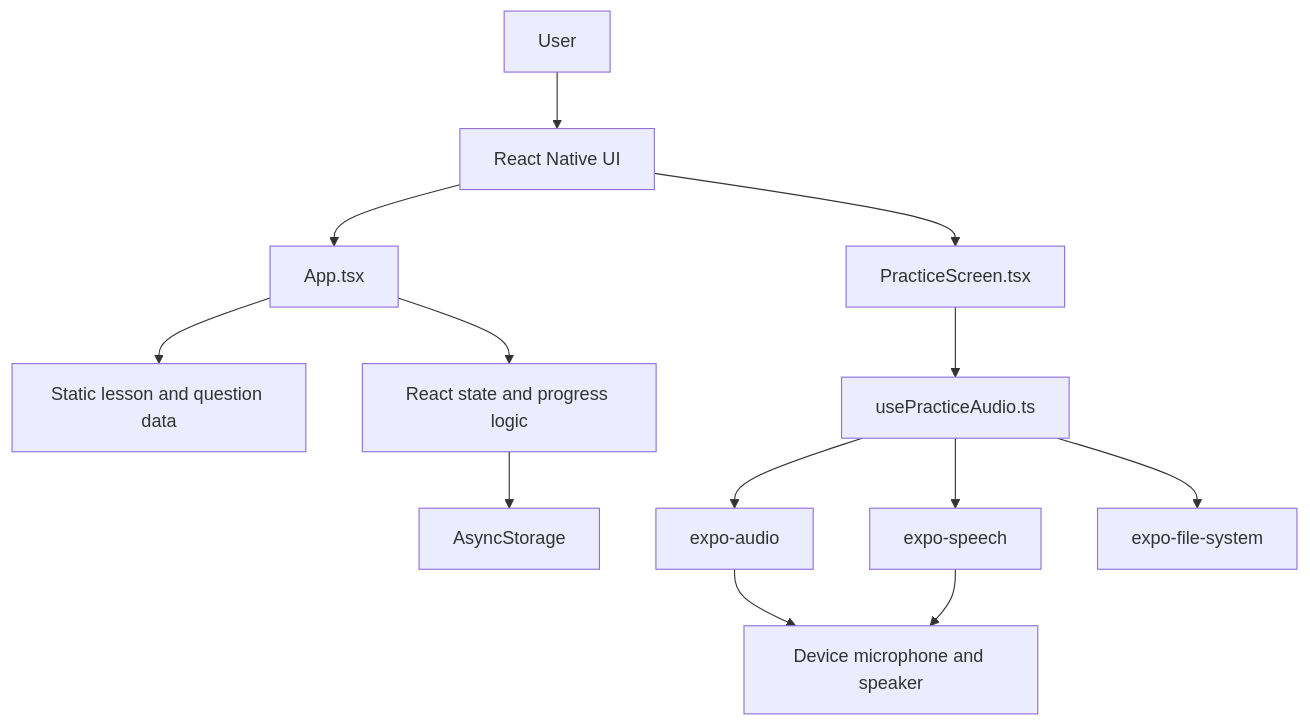
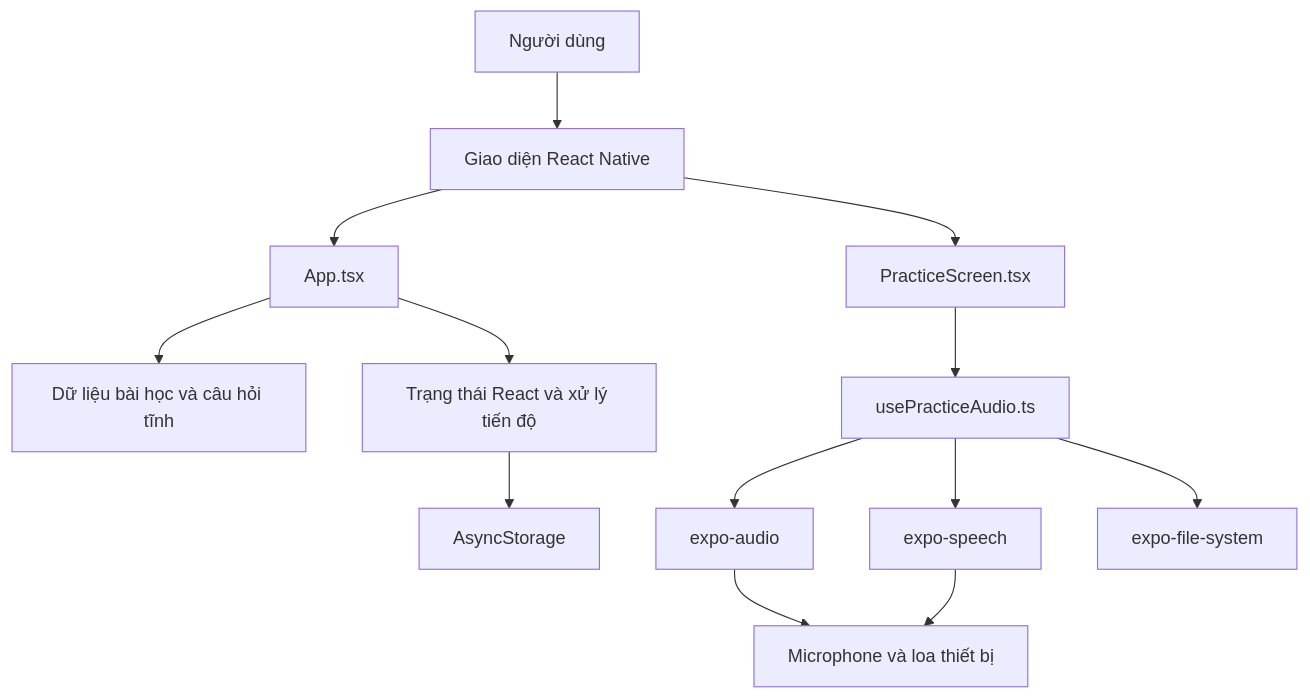
Before and after one commit to mobile-app-CO3043/interview-english: the diagram in docs/architecture.md, drawn with Mermaid. The commit also changed other lines of this file, not shown here.

Commit message:
docs: translate architecture to Vietnamese

````diff
--- a/docs/architecture.md
+++ b/docs/architecture.md
@@ -13,15 +15,15 @@
 ```mermaid
 flowchart TD
-    U[User] --> UI[React Native UI]
+    U[Người dùng] --> UI[Giao diện React Native]
     UI --> APP[App.tsx]
     UI --> PRACTICE[PracticeScreen.tsx]
-    APP --> DATA[Static lesson and question data]
-    APP --> STATE[React state and progress logic]
+    APP --> DATA[Dữ liệu bài học và câu hỏi tĩnh]
+    APP --> STATE[Trạng thái React và xử lý tiến độ]
     PRACTICE --> AUDIO[usePracticeAudio.ts]
     STATE --> STORAGE[AsyncStorage]
     AUDIO --> REC[expo-audio]
     AUDIO --> SPEECH[expo-speech]
     AUDIO --> FILES[expo-file-system]
-    REC --> MIC[Device microphone and speaker]
+    REC --> MIC[Microphone và loa thiết bị]
     SPEECH --> MIC
 ```
````
